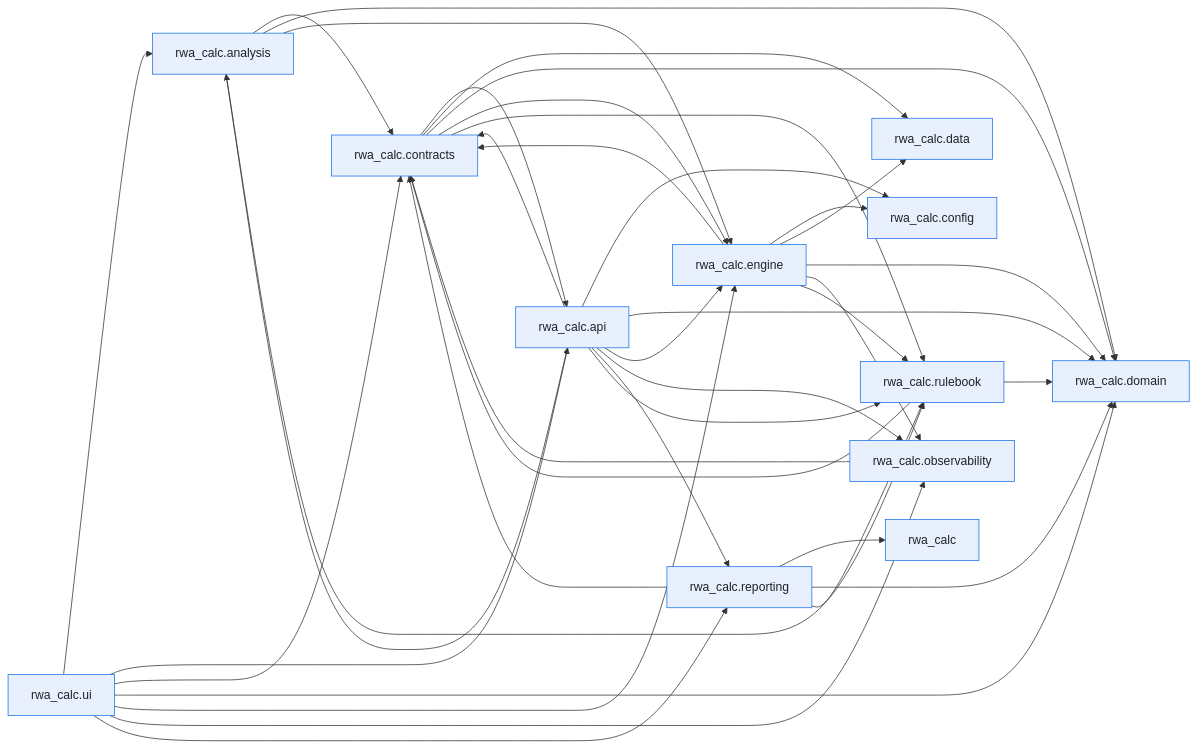
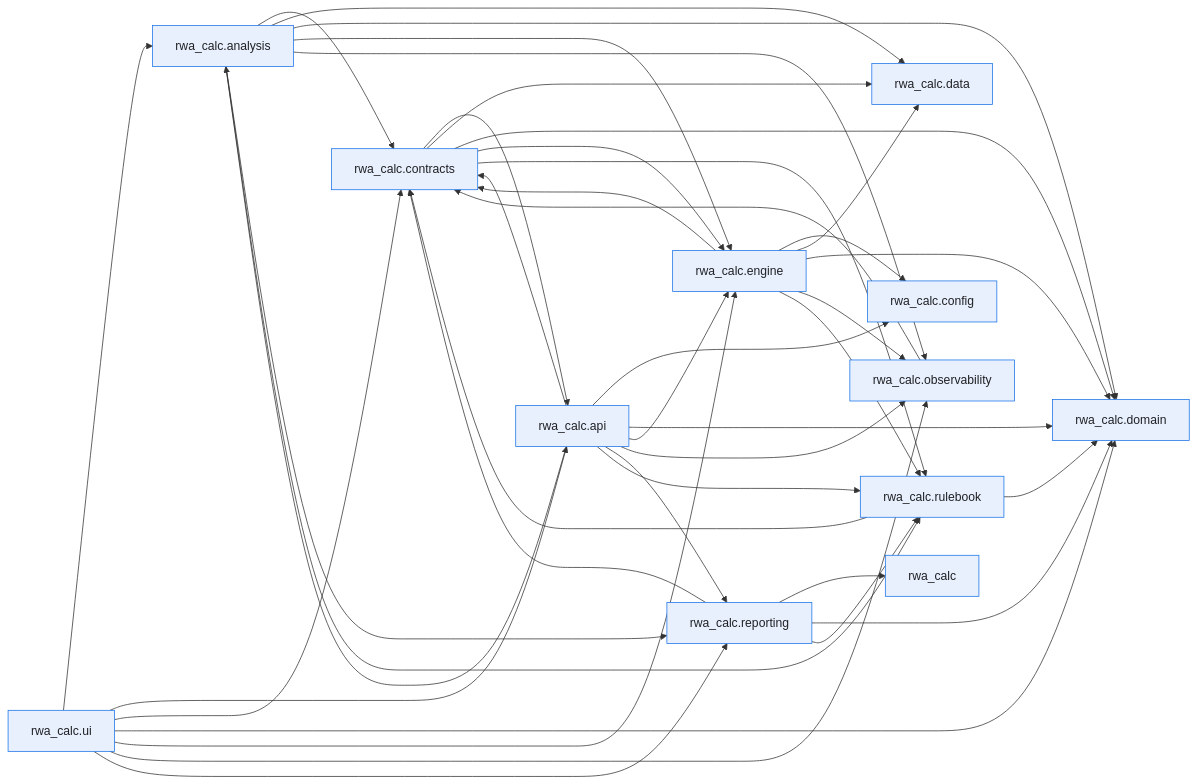
One commit to OpenAfterHours/rwa_calculator changed the first of 2 diagrams in docs/development/module-dependencies.md. Above: the diagram before and after it, drawn with Mermaid. The commit also changed other lines of this file and 10 other files, not shown here.

````diff
--- a/docs/development/module-dependencies.md
+++ b/docs/development/module-dependencies.md
@@ -27,54 +27,57 @@
 ```mermaid
 flowchart LR
     p0["rwa_calc"]
     p1["rwa_calc.analysis"]
     p2["rwa_calc.api"]
     p3["rwa_calc.config"]
     p4["rwa_calc.contracts"]
     p5["rwa_calc.data"]
     p6["rwa_calc.domain"]
     p7["rwa_calc.engine"]
     p8["rwa_calc.observability"]
     p9["rwa_calc.reporting"]
     p10["rwa_calc.rulebook"]
     p11["rwa_calc.ui"]
     p1 --> p4
+    p1 --> p5
     p1 --> p6
     p1 --> p7
+    p1 --> p8
+    p1 --> p9
     p1 --> p10
     p2 --> p1
     p2 --> p3
     p2 --> p4
     p2 --> p6
     p2 --> p7
     p2 --> p8
     p2 --> p9
     p2 --> p10
     p4 --> p2
     p4 --> p5
     p4 --> p6
     p4 --> p7
     p4 --> p10
     p7 --> p3
     p7 --> p4
     p7 --> p5
     p7 --> p6
     p7 --> p8
     p7 --> p10
     p8 --> p4
     p9 --> p0
     p9 --> p4
     p9 --> p6
     p9 --> p10
     p10 --> p4
     p10 --> p6
     p11 --> p1
     p11 --> p2
     p11 --> p4
     p11 --> p6
     p11 --> p7
     p11 --> p8
     p11 --> p9
     classDef first_party fill:#e8f0fe,stroke:#1a73e8,color:#202124
     class p0,p1,p2,p3,p4,p5,p6,p7,p8,p9,p10,p11 first_party
 ```
````
